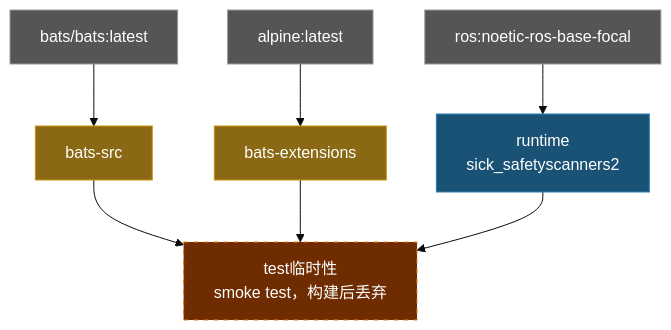
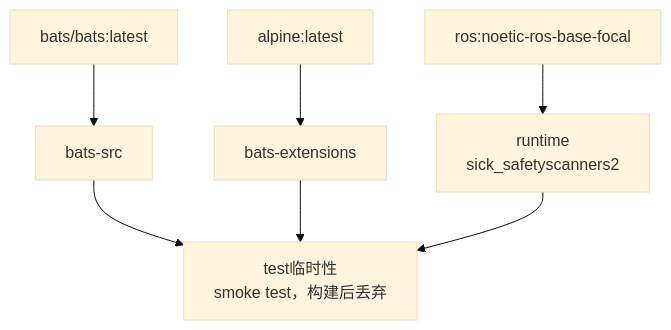
The diagram in doc/README.zh-CN.md (ycpss91255-docker/sick_noetic), drawn with Mermaid (base theme) before and after one commit. The commit also changed 3 other files, not shown here.

Commit message:
docs: remove mermaid background colors from architecture diagrams (#15)

````diff
--- a/doc/README.zh-CN.md
+++ b/doc/README.zh-CN.md
@@ -84,20 +84,16 @@
 ```mermaid
 graph TD
-    EXT1["bats/bats:latest"]:::external
-    EXT2["alpine:latest"]:::external
-    EXT3["ros:noetic-ros-base-focal"]:::external
+    EXT1["bats/bats:latest"]
+    EXT2["alpine:latest"]
+    EXT3["ros:noetic-ros-base-focal"]
 
-    EXT1 --> bats-src["bats-src"]:::tool
-    EXT2 --> bats-ext["bats-extensions"]:::tool
+    EXT1 --> bats-src["bats-src"]
+    EXT2 --> bats-ext["bats-extensions"]
 
-    EXT3 --> runtime["runtime\nsick_safetyscanners2"]:::stage
+    EXT3 --> runtime["runtime\nsick_safetyscanners2"]
 
-    bats-src --> test["test临时性\nsmoke test，构建后丢弃"]:::ephemeral
+    bats-src --> test["test临时性\nsmoke test，构建后丢弃"]
     bats-ext --> test
     runtime --> test
 
-    classDef external fill:#555,color:#fff,stroke:#999
-    classDef tool fill:#8B6914,color:#fff,stroke:#c8960c
-    classDef stage fill:#1a5276,color:#fff,stroke:#2980b9
-    classDef ephemeral fill:#6e2c00,color:#fff,stroke:#e67e22,stroke-dasharray:5 5
 ```
````
